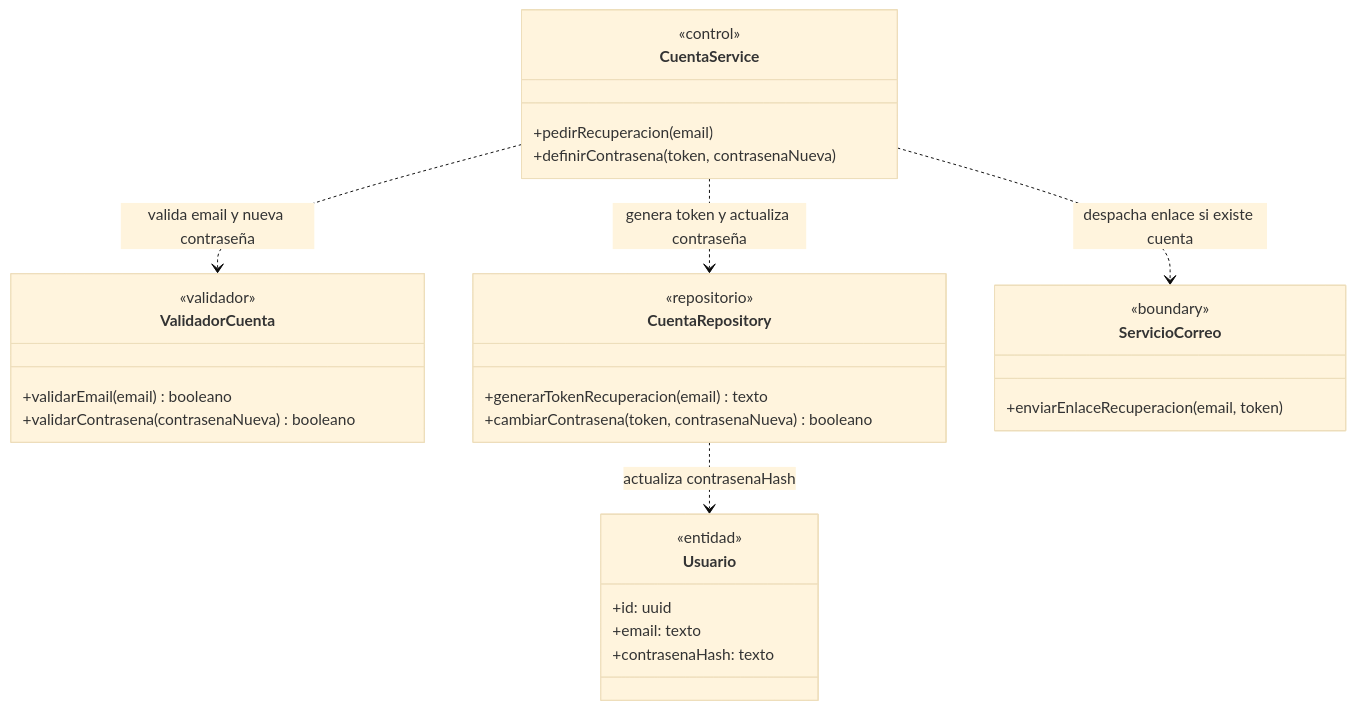
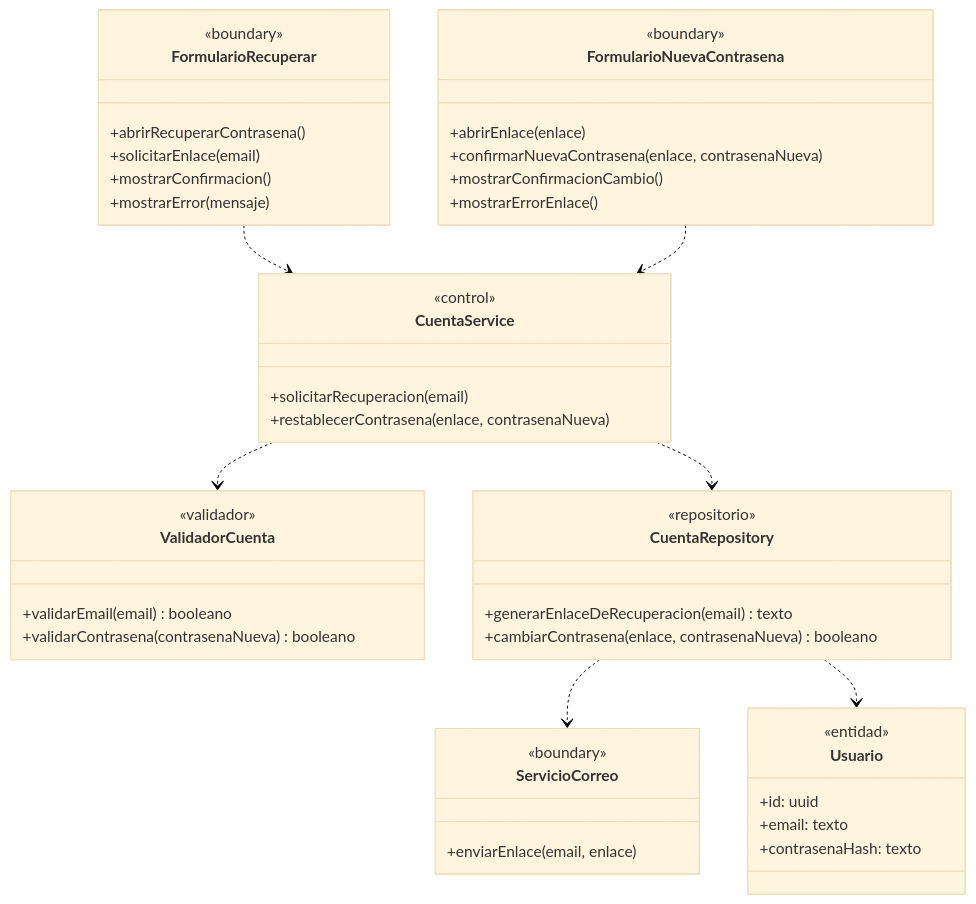
The fifth of 7 diagrams in docs/diagramas-de-clase/cuenta-y-acceso.md (nicqletal/torneos-scraper), drawn with Mermaid (base theme) before and after one commit. The commit also changed other lines of this file and 13 other files, not shown here.

````diff
--- a/docs/diagramas-de-clase/cuenta-y-acceso.md
+++ b/docs/diagramas-de-clase/cuenta-y-acceso.md
@@ -266,33 +292,48 @@
 ```mermaid
 classDiagram
-direction TB
+class FormularioRecuperar {
+  <<boundary>>
+  +abrirRecuperarContrasena()
+  +solicitarEnlace(email)
+  +mostrarConfirmacion()
+  +mostrarError(mensaje)
+}
+class FormularioNuevaContrasena {
+  <<boundary>>
+  +abrirEnlace(enlace)
+  +confirmarNuevaContrasena(enlace, contrasenaNueva)
+  +mostrarConfirmacionCambio()
+  +mostrarErrorEnlace()
+}
 class CuentaService {
   <<control>>
-  +pedirRecuperacion(email)
-  +definirContrasena(token, contrasenaNueva)
+  +solicitarRecuperacion(email)
+  +restablecerContrasena(enlace, contrasenaNueva)
 }
 class ValidadorCuenta {
   <<validador>>
   +validarEmail(email) booleano
   +validarContrasena(contrasenaNueva) booleano
 }
 class CuentaRepository {
   <<repositorio>>
-  +generarTokenRecuperacion(email) texto
-  +cambiarContrasena(token, contrasenaNueva) booleano
+  +generarEnlaceDeRecuperacion(email) texto
+  +cambiarContrasena(enlace, contrasenaNueva) booleano
 }
 class ServicioCorreo {
   <<boundary>>
-  +enviarEnlaceRecuperacion(email, token)
+  +enviarEnlace(email, enlace)
 }
 class Usuario {
   <<entidad>>
   +id: uuid
   +email: texto
   +contrasenaHash: texto
 }
-CuentaService ..> ValidadorCuenta : valida email y nueva contraseña
-CuentaService ..> CuentaRepository : genera token y actualiza contraseña
-CuentaService ..> ServicioCorreo : despacha enlace si existe cuenta
-CuentaRepository ..> Usuario : actualiza contrasenaHash
+FormularioRecuperar ..> CuentaService
+FormularioNuevaContrasena ..> CuentaService
+CuentaService ..> ValidadorCuenta
+CuentaService ..> CuentaRepository
+CuentaRepository ..> ServicioCorreo
+CuentaRepository ..> Usuario
 ```
````
